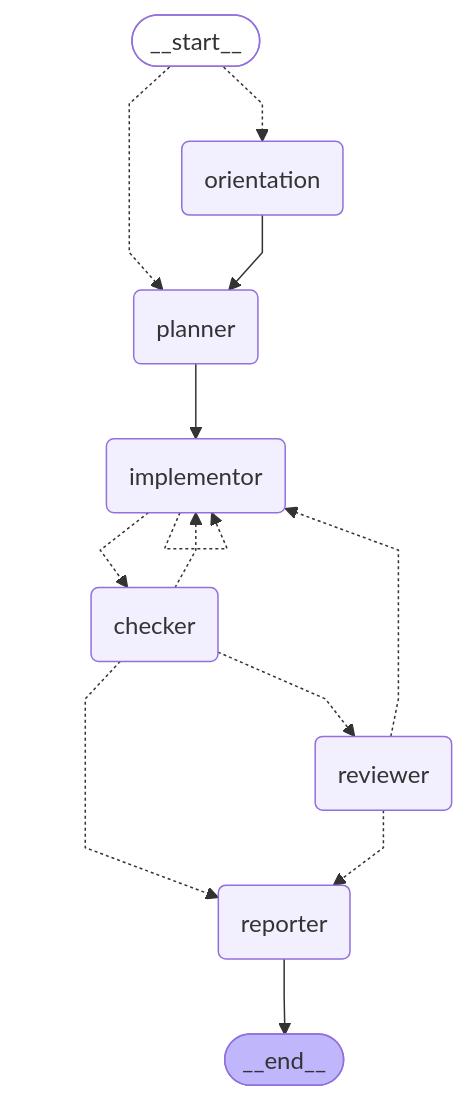
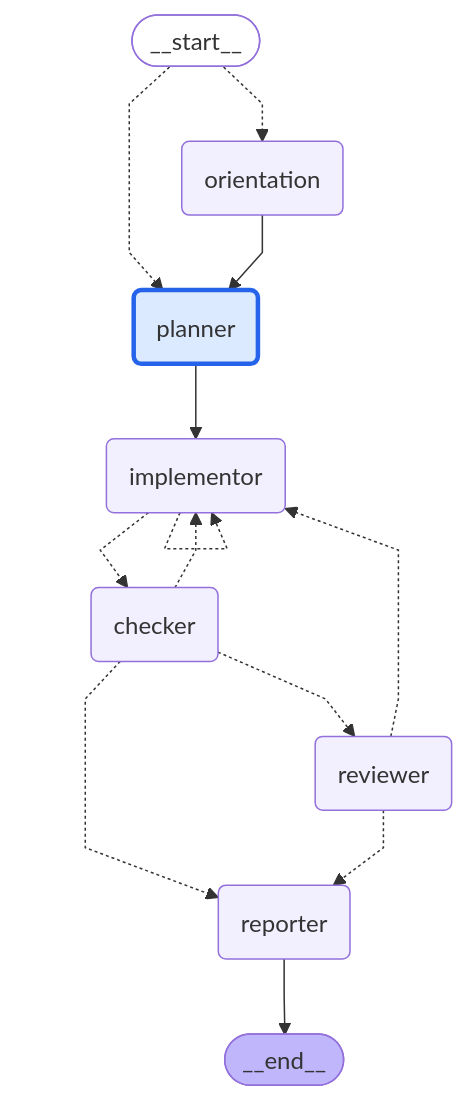
The diagram in latest/graph.mmd (daniell0gda/hermes-feature-check-dashboard), drawn with Mermaid before and after one commit. The commit also changed 5 other files, not shown here.

```diff
--- a/latest/graph.mmd
+++ b/latest/graph.mmd
@@ -1,29 +1,34 @@
 ---
 config:
   flowchart:
     curve: linear
 ---
 graph TD;
 	__start__([<p>__start__</p>]):::first
 	orientation(orientation)
 	planner(planner)
 	implementor(implementor)
 	checker(checker)
 	reviewer(reviewer)
 	reporter(reporter)
 	__end__([<p>__end__</p>]):::last
 	__start__ -.-> orientation;
 	__start__ -.-> planner;
 	checker -.-> implementor;
 	checker -.-> reporter;
 	checker -.-> reviewer;
 	implementor -.-> checker;
 	orientation --> planner;
 	planner --> implementor;
 	reviewer -.-> implementor;
 	reviewer -.-> reporter;
 	reporter --> __end__;
 	implementor -.-> implementor;
 	classDef default fill:#f2f0ff,line-height:1.2
 	classDef first fill-opacity:0
 	classDef last fill:#bfb6fc
+
+classDef done fill:#dcfce7,stroke:#15803d,stroke-width:2px;
+classDef active fill:#dbeafe,stroke:#2563eb,stroke-width:3px;
+classDef failed fill:#fee2e2,stroke:#b42318,stroke-width:2px;
+class planner active;
```
